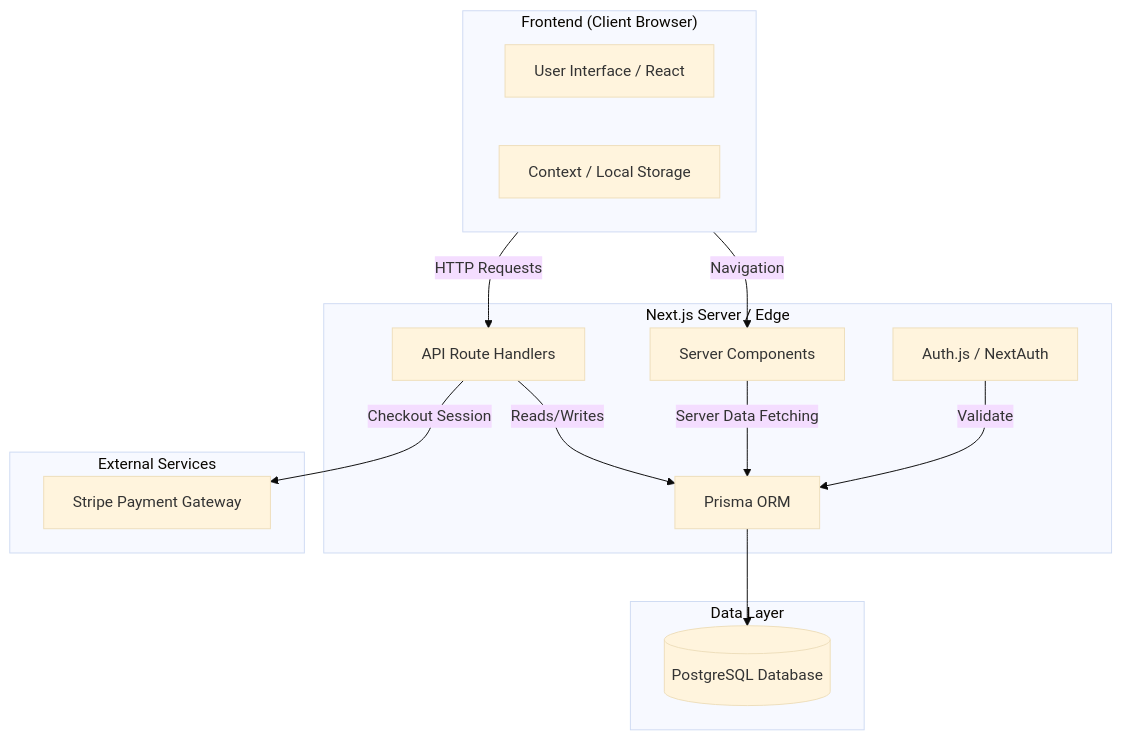
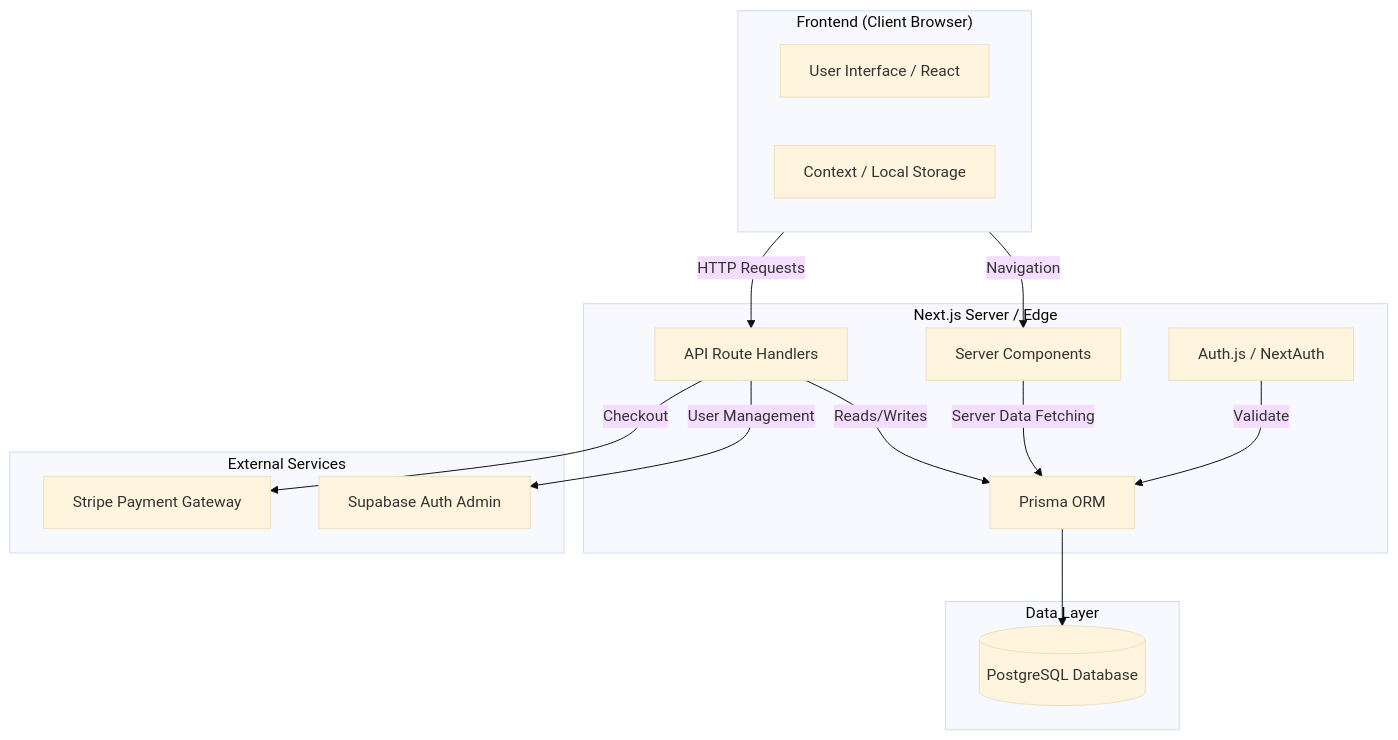
One commit to Devsebastian44/Modern-Esthete changed the first of 2 diagrams in README.md. Above: the diagram before and after it, drawn with Mermaid (base theme). The commit also changed other lines of this file and 1 other file, not shown here.

````diff
--- a/README.md
+++ b/README.md
@@ -58,30 +72,32 @@
 ```mermaid
 graph TD
     subgraph Client ["Frontend (Client Browser)"]
         UI[User Interface / React]
         Cart[Context / Local Storage]
     end
 
     subgraph Server ["Next.js Server / Edge"]
         API[API Route Handlers]
         Pages[Server Components]
         Auth[Auth.js / NextAuth]
         
         API --> |Reads/Writes| Prisma[Prisma ORM]
         Pages --> |Server Data Fetching| Prisma
         Auth --> |Validate| Prisma
     end
 
     subgraph Database ["Data Layer"]
         Postgres[(PostgreSQL Database)]
         Prisma --> Postgres
     end
 
     subgraph External ["External Services"]
         Stripe[Stripe Payment Gateway]
+        SupabaseAuth[Supabase Auth Admin]
     end
 
     Client --> |HTTP Requests| API
     Client --> |Navigation| Pages
-    API --> |Checkout Session| Stripe
+    API --> |Checkout| Stripe
+    API --> |User Management| SupabaseAuth
 ```
````
